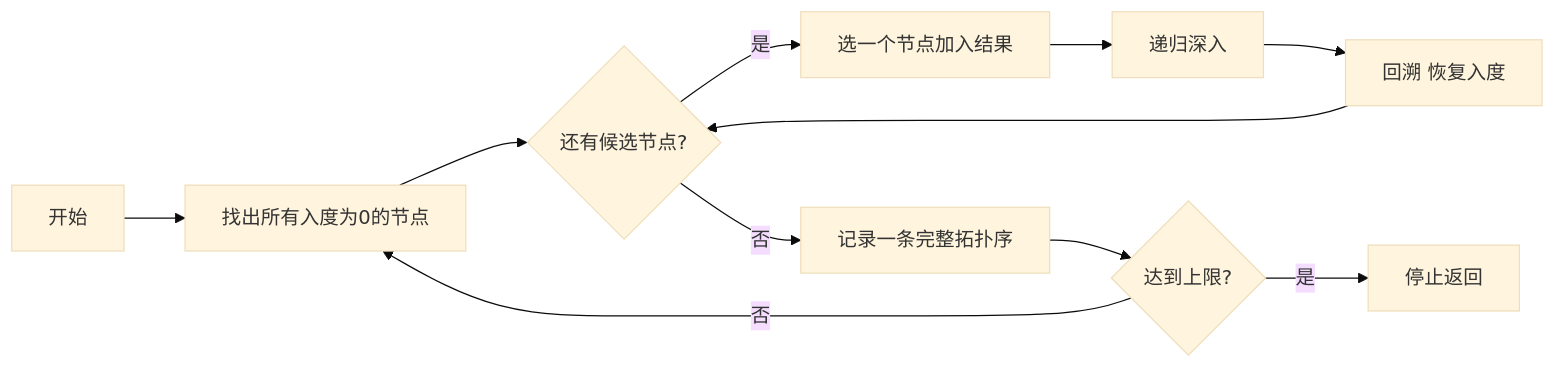
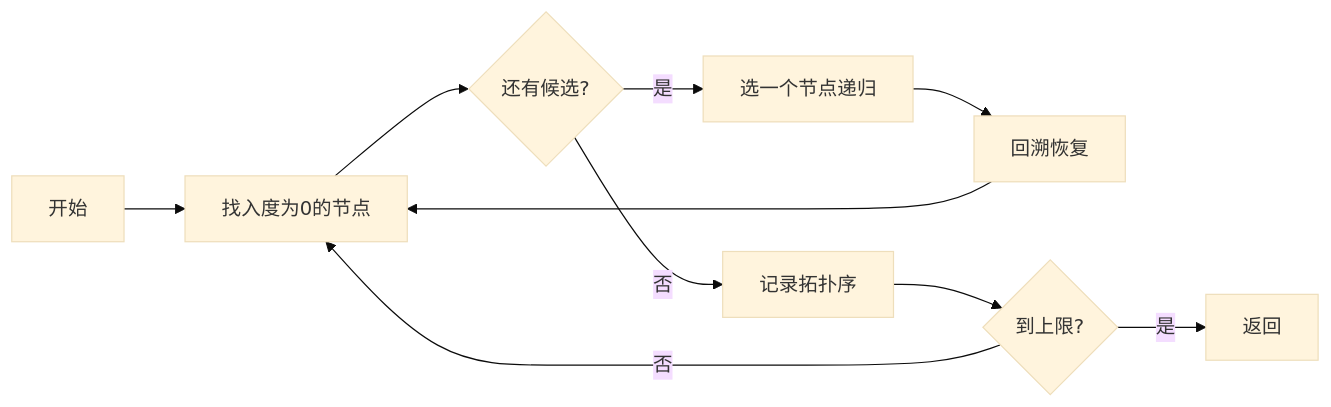
One commit to yyj138/topological-sort changed the second of 2 diagrams in README.md. Above: the diagram before and after it, drawn with Mermaid (base theme). The commit also changed other lines of this file, not shown here.

````diff
--- a/README.md
+++ b/README.md
@@ -74,13 +63,12 @@
 ```mermaid
 flowchart LR
-    S[开始] --> A[找出所有入度为0的节点]
-    A --> B{还有候选节点?}
-    B -->|是| C[选一个节点加入结果]
-    C --> D[递归深入]
-    D --> E[回溯 恢复入度]
-    E --> B
-    B -->|否| F[记录一条完整拓扑序]
-    F --> G{达到上限?}
-    G -->|否| A
-    G -->|是| H[停止返回]
+    S[开始] --> A[找入度为0的节点]
+    A --> B{还有候选?}
+    B -->|是| C[选一个节点递归]
+    C --> D[回溯恢复]
+    D --> A
+    B -->|否| E[记录拓扑序]
+    E --> F{到上限?}
+    F -->|否| A
+    F -->|是| G[返回]
 ```
````
